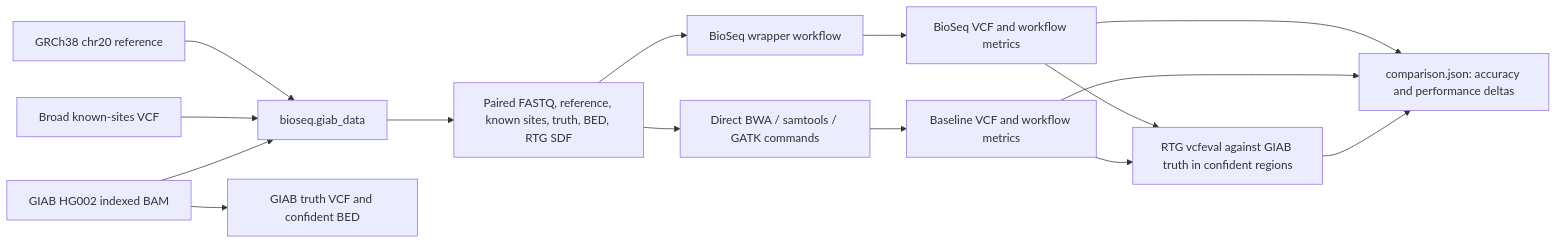
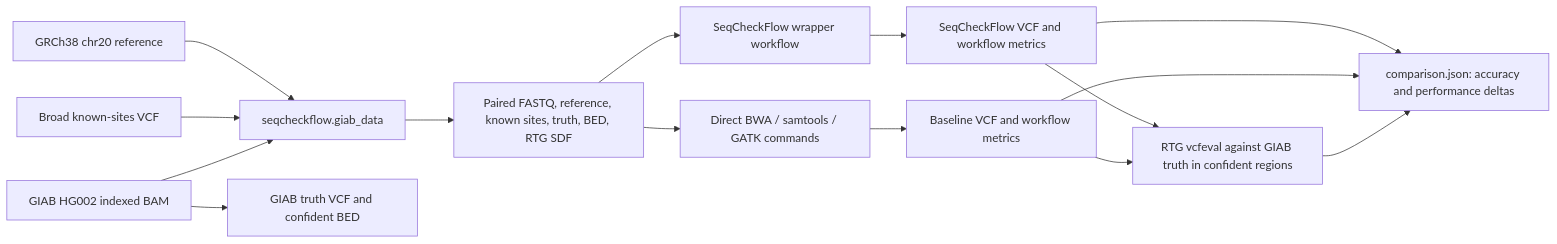
The third of 3 diagrams in ARCHITECTURE.md (Gculb/BioSeq_Project), drawn with Mermaid before and after one commit. The commit also changed other lines of this file and 30 other files, not shown here.

````diff
--- a/ARCHITECTURE.md
+++ b/ARCHITECTURE.md
@@ -91,17 +91,17 @@
 ```mermaid
 flowchart LR
-    Public[GIAB HG002 indexed BAM] --> Prepare[bioseq.giab_data]
+    Public[GIAB HG002 indexed BAM] --> Prepare[seqcheckflow.giab_data]
     Public --> Truth[GIAB truth VCF and confident BED]
     Broad[Broad known-sites VCF] --> Prepare
     UCSC[GRCh38 chr20 reference] --> Prepare
     Prepare --> Inputs[Paired FASTQ, reference, known sites, truth, BED, RTG SDF]
     Inputs --> Baseline[Direct BWA / samtools / GATK commands]
-    Inputs --> Wrappers[BioSeq wrapper workflow]
+    Inputs --> Wrappers[SeqCheckFlow wrapper workflow]
     Baseline --> BaseVCF[Baseline VCF and workflow metrics]
-    Wrappers --> CandidateVCF[BioSeq VCF and workflow metrics]
+    Wrappers --> CandidateVCF[SeqCheckFlow VCF and workflow metrics]
     BaseVCF --> Eval[RTG vcfeval against GIAB truth in confident regions]
     CandidateVCF --> Eval
     Eval --> Comparison[comparison.json: accuracy and performance deltas]
     BaseVCF --> Comparison
     CandidateVCF --> Comparison
 ```
````
